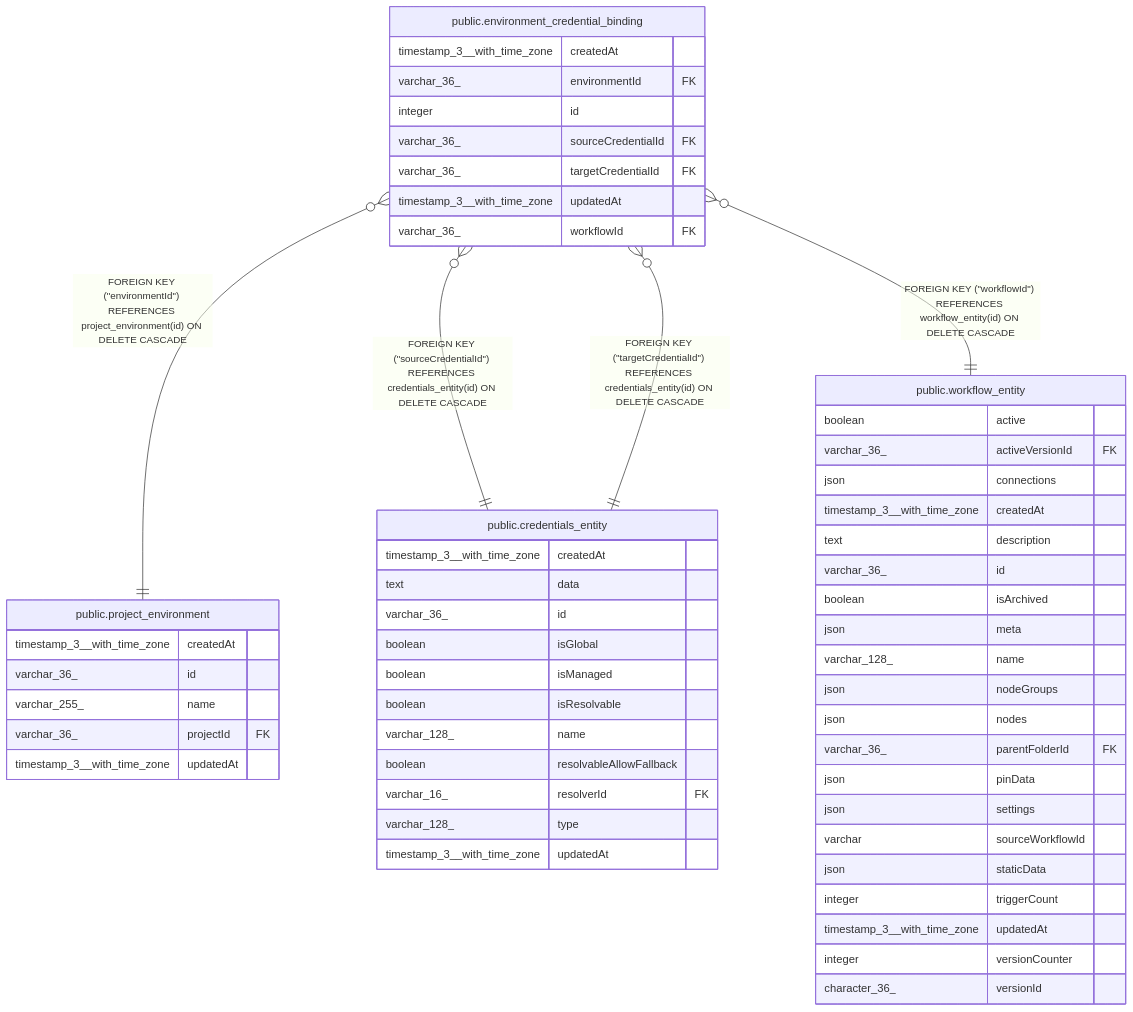
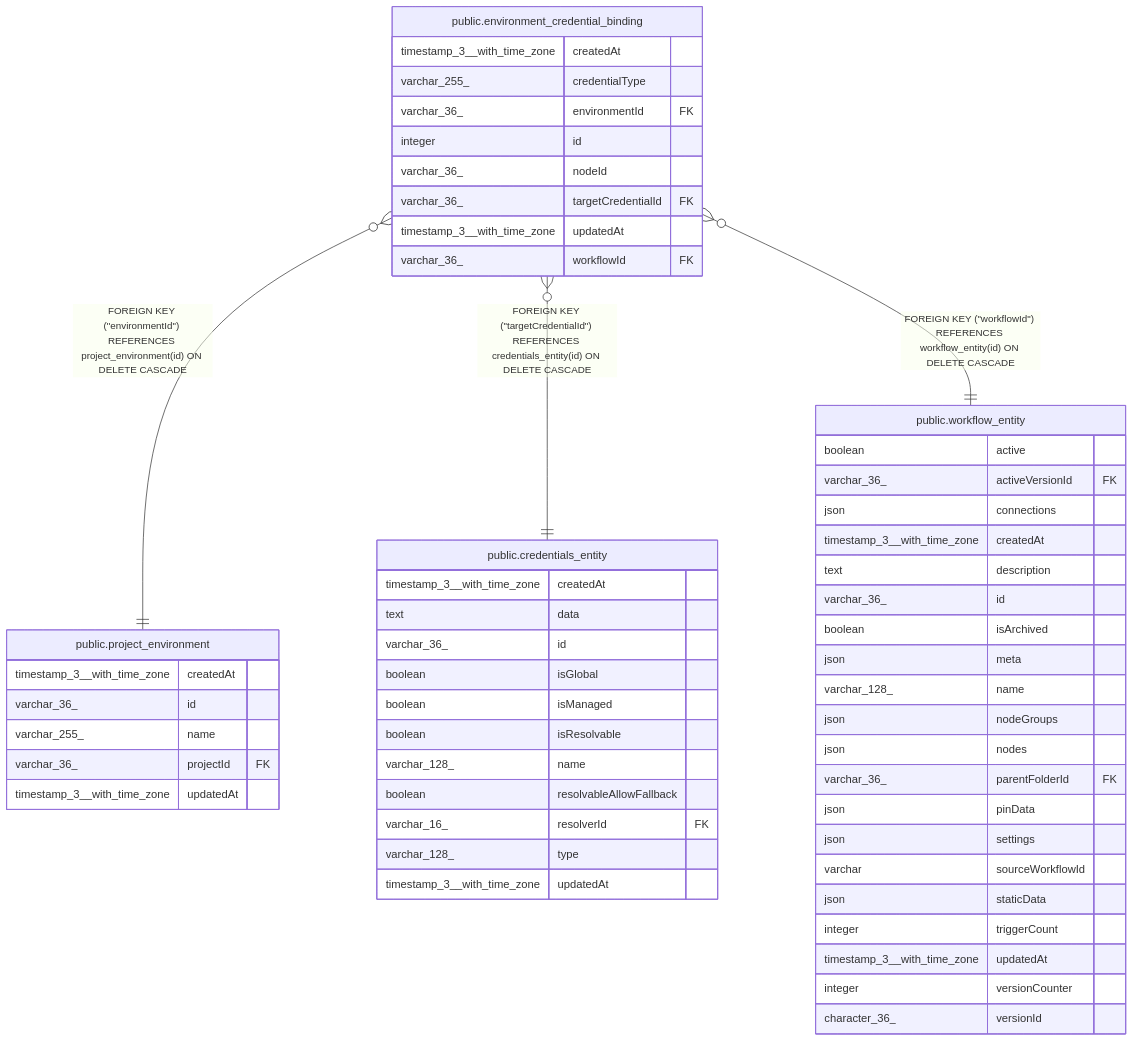
Before and after one commit to mayankjain1815-commits/n8n: the diagram in docs/generated/postgres-schema/public.environment_credential_binding.md, drawn with Mermaid. The commit also changed other lines of this file and 18 other files, not shown here.

Commit message:
One-shot nodeId discriminator for credential bindings

````diff
--- a/docs/generated/postgres-schema/public.environment_credential_binding.md
+++ b/docs/generated/postgres-schema/public.environment_credential_binding.md
@@ -42,60 +43,60 @@
 ```mermaid
 erDiagram
 
 "public.environment_credential_binding" }o--|| "public.project_environment" : "FOREIGN KEY (#quot;environmentId#quot;) REFERENCES project_environment(id) ON DELETE CASCADE"
-"public.environment_credential_binding" }o--|| "public.credentials_entity" : "FOREIGN KEY (#quot;sourceCredentialId#quot;) REFERENCES credentials_entity(id) ON DELETE CASCADE"
 "public.environment_credential_binding" }o--|| "public.credentials_entity" : "FOREIGN KEY (#quot;targetCredentialId#quot;) REFERENCES credentials_entity(id) ON DELETE CASCADE"
 "public.environment_credential_binding" }o--|| "public.workflow_entity" : "FOREIGN KEY (#quot;workflowId#quot;) REFERENCES workflow_entity(id) ON DELETE CASCADE"
 
 "public.environment_credential_binding" {
   timestamp_3__with_time_zone createdAt
+  varchar_255_ credentialType
   varchar_36_ environmentId FK
   integer id
-  varchar_36_ sourceCredentialId FK
+  varchar_36_ nodeId
   varchar_36_ targetCredentialId FK
   timestamp_3__with_time_zone updatedAt
   varchar_36_ workflowId FK
 }
 "public.project_environment" {
   timestamp_3__with_time_zone createdAt
   varchar_36_ id
   varchar_255_ name
   varchar_36_ projectId FK
   timestamp_3__with_time_zone updatedAt
 }
 "public.credentials_entity" {
   timestamp_3__with_time_zone createdAt
   text data
   varchar_36_ id
   boolean isGlobal
   boolean isManaged
   boolean isResolvable
   varchar_128_ name
   boolean resolvableAllowFallback
   varchar_16_ resolverId FK
   varchar_128_ type
   timestamp_3__with_time_zone updatedAt
 }
 "public.workflow_entity" {
   boolean active
   varchar_36_ activeVersionId FK
   json connections
   timestamp_3__with_time_zone createdAt
   text description
   varchar_36_ id
   boolean isArchived
   json meta
   varchar_128_ name
   json nodeGroups
   json nodes
   varchar_36_ parentFolderId FK
   json pinData
   json settings
   varchar sourceWorkflowId
   json staticData
   integer triggerCount
   timestamp_3__with_time_zone updatedAt
   integer versionCounter
   character_36_ versionId
 }
 ```
````
